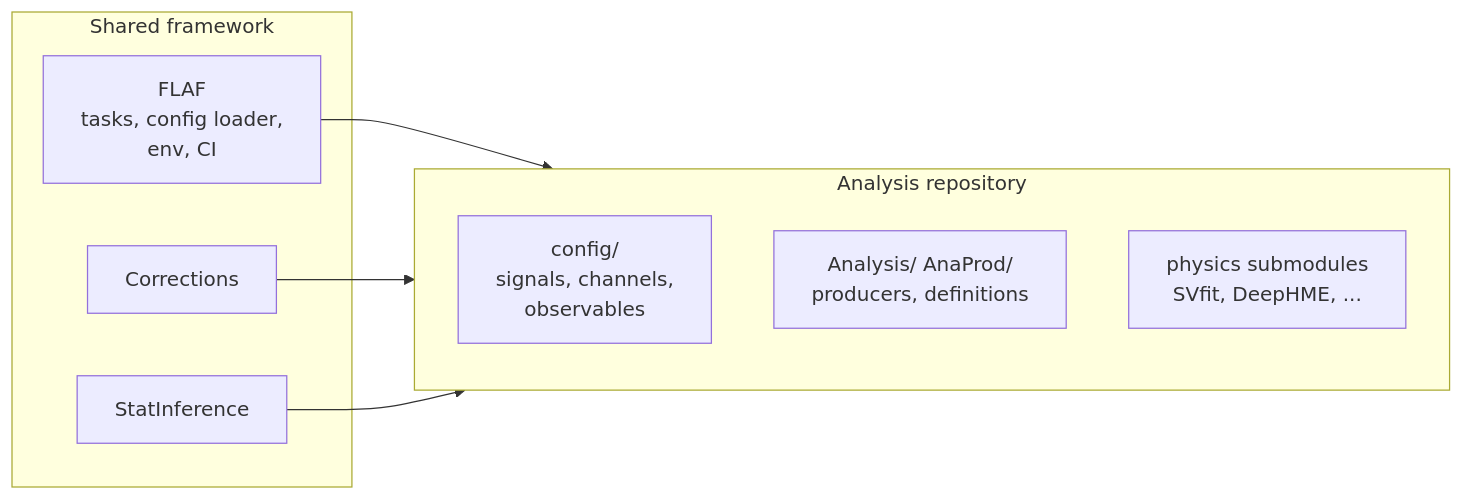
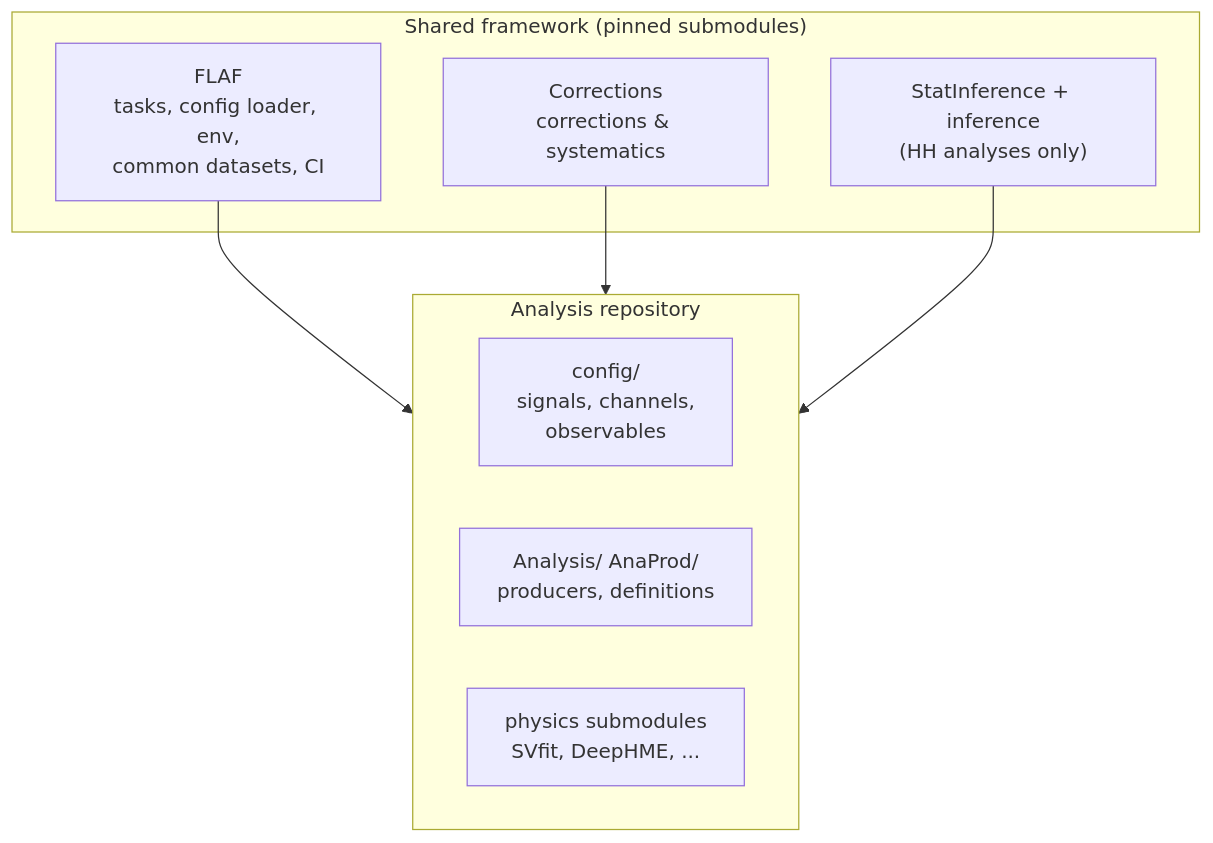
The diagram in docs/concepts/architecture.md (cms-flaf/FLAF), drawn with Mermaid before and after one commit. The commit also changed 29 other files, not shown here.

Commit message:
Fix the C++ formatting check and bring the docs in line with the code, with legible and new mermaid diagrams (#327)

````diff
--- a/docs/concepts/architecture.md
+++ b/docs/concepts/architecture.md
@@ -56,16 +56,16 @@
 ```mermaid
-flowchart LR
-    subgraph Shared [Shared framework]
-        F[FLAF<br/>tasks, config loader,<br/>env, CI]
-        C[Corrections]
-        S[StatInference]
+flowchart TD
+    subgraph Shared ["Shared framework (pinned submodules)"]
+        F["FLAF<br/>tasks, config loader, env,<br/>common datasets, CI"]
+        C["Corrections<br/>corrections & systematics"]
+        S["StatInference + inference<br/>(HH analyses only)"]
     end
-    subgraph Ana [Analysis repository]
-        AC[config/<br/>signals, channels,<br/>observables]
-        AA[Analysis/ AnaProd/<br/>producers, definitions]
-        SUB[physics submodules<br/>SVfit, DeepHME, ...]
+    subgraph Ana ["Analysis repository"]
+        AC["config/<br/>signals, channels,<br/>observables"]
+        AA["Analysis/ AnaProd/<br/>producers, definitions"]
+        SUB["physics submodules<br/>SVfit, DeepHME, ..."]
     end
     F --> Ana
     C --> Ana
     S --> Ana
 ```
````
